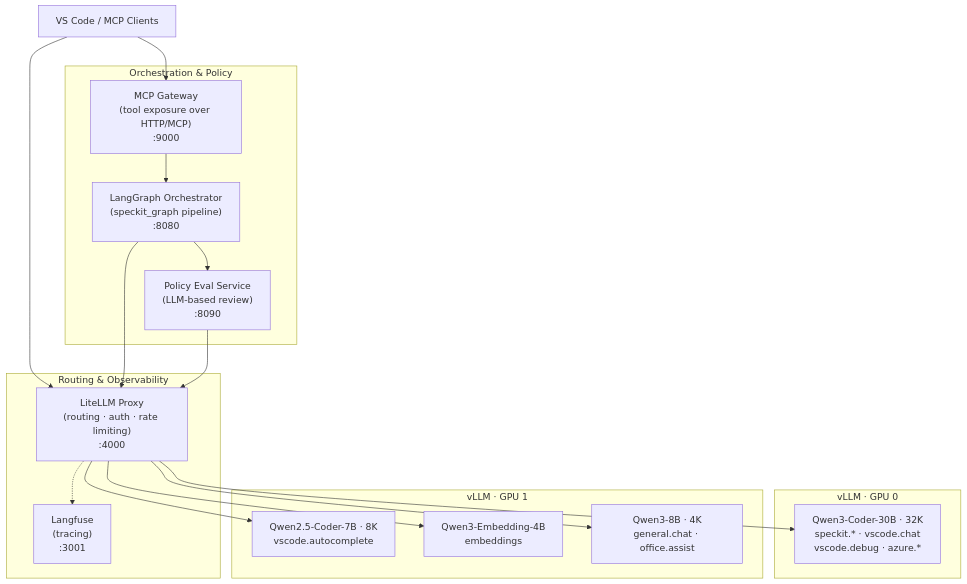
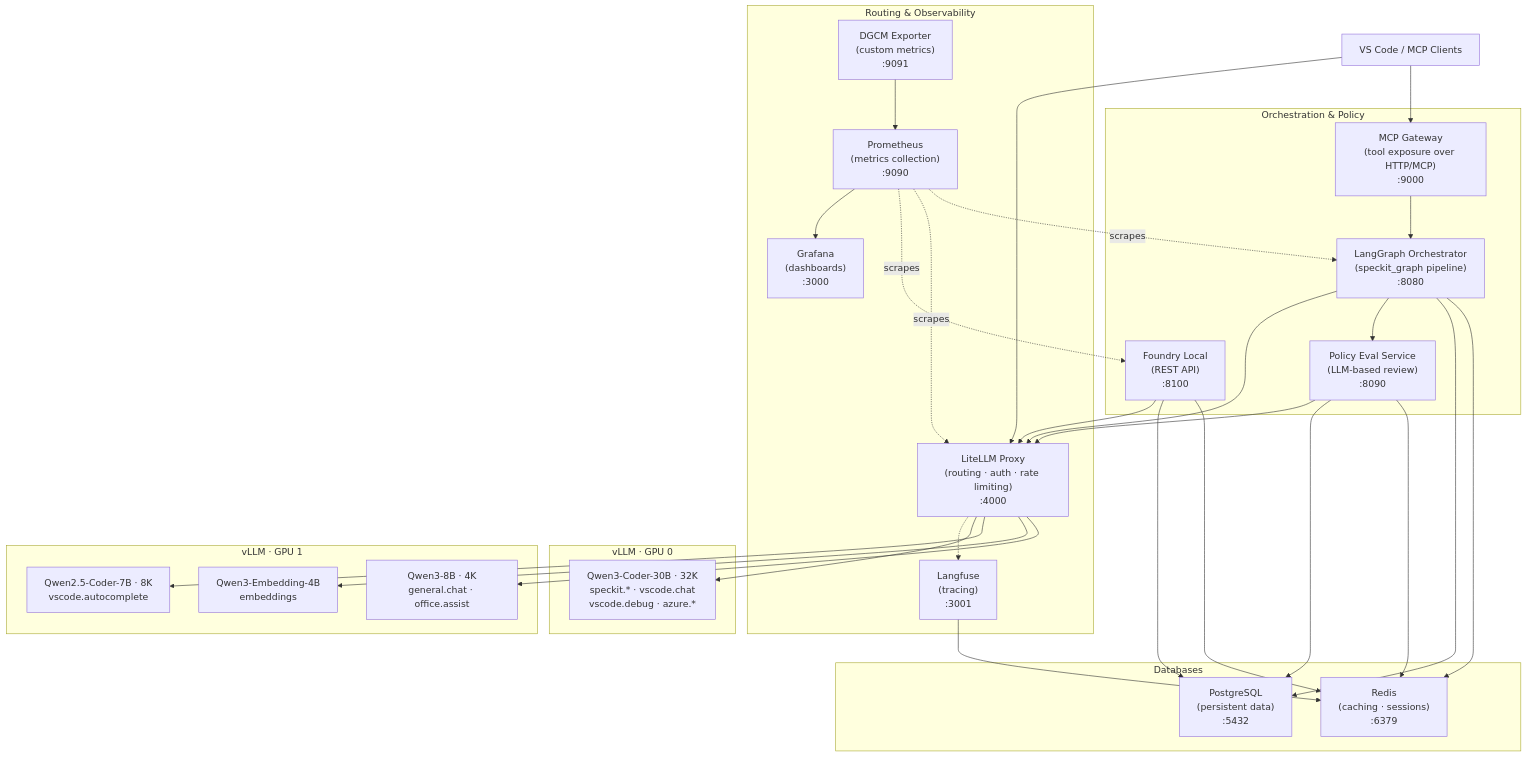
One commit to hannovdm/ai-stack changed the diagram in README.md. Above: the diagram before and after it, drawn with Mermaid. The commit also changed other lines of this file and 24 other files, not shown here.

First line of the commit message:
feat(foundry-local): add Dockerfile, requirements, and FastAPI server

````diff
--- a/README.md
+++ b/README.md
@@ -7,38 +7,60 @@
 ```mermaid
 flowchart TD
     Client["VS Code / MCP Clients"]
 
     subgraph Proxy["Routing & Observability"]
         LiteLLM["LiteLLM Proxy<br/>(routing · auth · rate limiting)<br/>:4000"]
         Langfuse["Langfuse<br/>(tracing)<br/>:3001"]
+        Prometheus["Prometheus<br/>(metrics collection)<br/>:9090"]
+        Grafana["Grafana<br/>(dashboards)<br/>:3000"]
+        DGCMExporter["DGCM Exporter<br/>(custom metrics)<br/>:9091"]
     end
 
     subgraph GPU0["vLLM · GPU 0"]
         Q30["Qwen3-Coder-30B · 32K<br/>speckit.* · vscode.chat<br/>vscode.debug · azure.*"]
     end
 
     subgraph GPU1["vLLM · GPU 1"]
         Q7["Qwen2.5-Coder-7B · 8K<br/>vscode.autocomplete"]
         QEmb["Qwen3-Embedding-4B<br/>embeddings"]
         QGen["Qwen3-8B · 4K<br/>general.chat · office.assist"]
     end
 
     subgraph Orchestration["Orchestration & Policy"]
         LangGraph["LangGraph Orchestrator<br/>(speckit_graph pipeline)<br/>:8080"]
         Policy["Policy Eval Service<br/>(LLM-based review)<br/>:8090"]
         MCP["MCP Gateway<br/>(tool exposure over HTTP/MCP)<br/>:9000"]
+        FoundryLocal["Foundry Local<br/>(REST API)<br/>:8100"]
+    end
+
+    subgraph Databases["Databases"]
+        PostgreSQL["PostgreSQL<br/>(persistent data)<br/>:5432"]
+        Redis["Redis<br/>(caching · sessions)<br/>:6379"]
     end
 
     Client --> LiteLLM
     LiteLLM -.-> Langfuse
     LiteLLM --> Q30
     LiteLLM --> Q7
     LiteLLM --> QEmb
     LiteLLM --> QGen
-
+    
     LangGraph --> LiteLLM
     LangGraph --> Policy
     Policy --> LiteLLM
     MCP --> LangGraph
     Client --> MCP
+    FoundryLocal --> LiteLLM
+    FoundryLocal --> PostgreSQL
+    FoundryLocal --> Redis
+    LangGraph --> PostgreSQL
+    LangGraph --> Redis
+    Langfuse --> Redis
+    Policy --> PostgreSQL
+    Policy --> Redis
+    Prometheus --> Grafana
+    DGCMExporter --> Prometheus
+    Prometheus -.->|scrapes| FoundryLocal
+    Prometheus -.->|scrapes| LiteLLM
+    Prometheus -.->|scrapes| LangGraph
 ```
````
